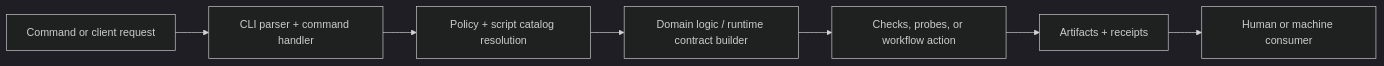
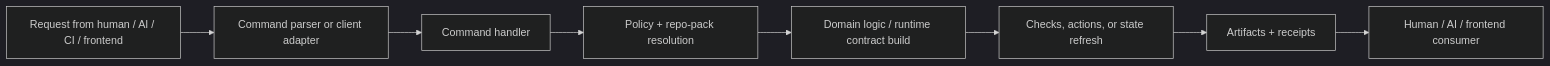
One commit to jguida941/voiceterm changed the second of 2 diagrams in dev/guides/DEVCTL_ARCHITECTURE.md. Above: the diagram before and after it, drawn with Mermaid (dark theme). The commit also changed other lines of this file and 73 other files, not shown here.

````diff
--- a/dev/guides/DEVCTL_ARCHITECTURE.md
+++ b/dev/guides/DEVCTL_ARCHITECTURE.md
@@ -143,12 +177,13 @@
 ```mermaid
 flowchart LR
-  A["Command or client request"]
-  B["CLI parser + command handler"]
-  C["Policy + script catalog resolution"]
-  D["Domain logic / runtime contract builder"]
-  E["Checks, probes, or workflow action"]
-  F["Artifacts + receipts"]
-  G["Human or machine consumer"]
+  A["Request from human / AI / CI / frontend"]
+  B["Command parser or client adapter"]
+  C["Command handler"]
+  D["Policy + repo-pack resolution"]
+  E["Domain logic / runtime contract build"]
+  F["Checks, actions, or state refresh"]
+  G["Artifacts + receipts"]
+  H["Human / AI / frontend consumer"]
 
-  A --> B --> C --> D --> E --> F --> G
+  A --> B --> C --> D --> E --> F --> G --> H
 ```
````
